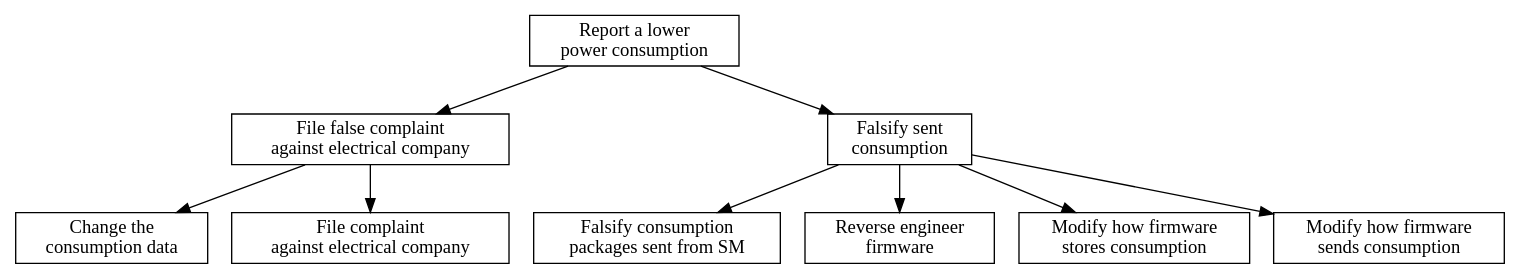
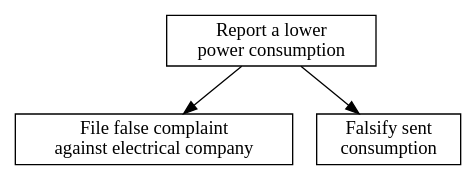
The diagram in graphics/consumer.dot (des904e15/presentation), drawn with Graphviz before and after one commit. The commit also changed 2 other files, not shown here.

```diff
--- a/graphics/consumer.dot
+++ b/graphics/consumer.dot
@@ -1,36 +1,24 @@
 digraph G {
 
 // graph[ center=true, margin=0.2, nodesep=0.1, ranksep=0.3];
 node[ shape=rectangle];
 
 root [label="Report a lower \npower consumption", shape=OR];
-complaint [label="File false complaint \nagainst electrical company",shape=AND];
-falsify [label="Falsify sent \nconsumption",shape=OR];
+complaint [label="File false complaint \nagainst electrical company"];
+falsify [label="Falsify sent \nconsumption"];
 
 
 
 
 //COMPLAINT SUBTREE
 root -> complaint;
 
-forgeConsumptionData[label="Change the \nconsumption data"];
-complaint -> forgeConsumptionData
-fileComplaint[label="File complaint \nagainst electrical company"]
-complaint -> fileComplaint
-
 
 //FALSIFY SUBTREE
 root -> falsify;
 
-package[label="Falsify consumption \npackages sent from SM"];
-falsify ->	package;
-reverseEngineer[label="Reverse engineer\nfirmware"];
-falsify -> reverseEngineer;
-ModifyFWstore[label="Modify how firmware \nstores consumption"];
-falsify -> ModifyFWstore;
-ModifyFWsend[label="Modify how firmware \nsends consumption"];
-falsify -> ModifyFWsend;
+
 
 
 
 }
```
